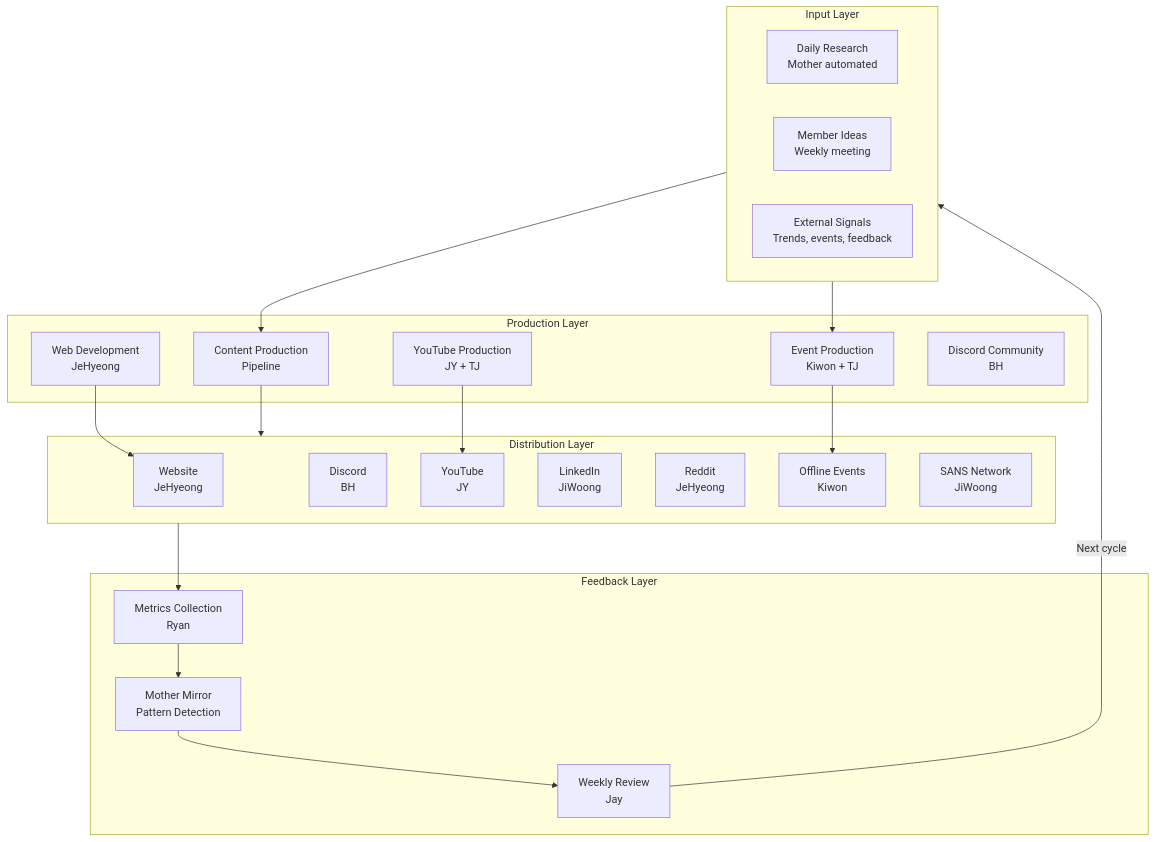
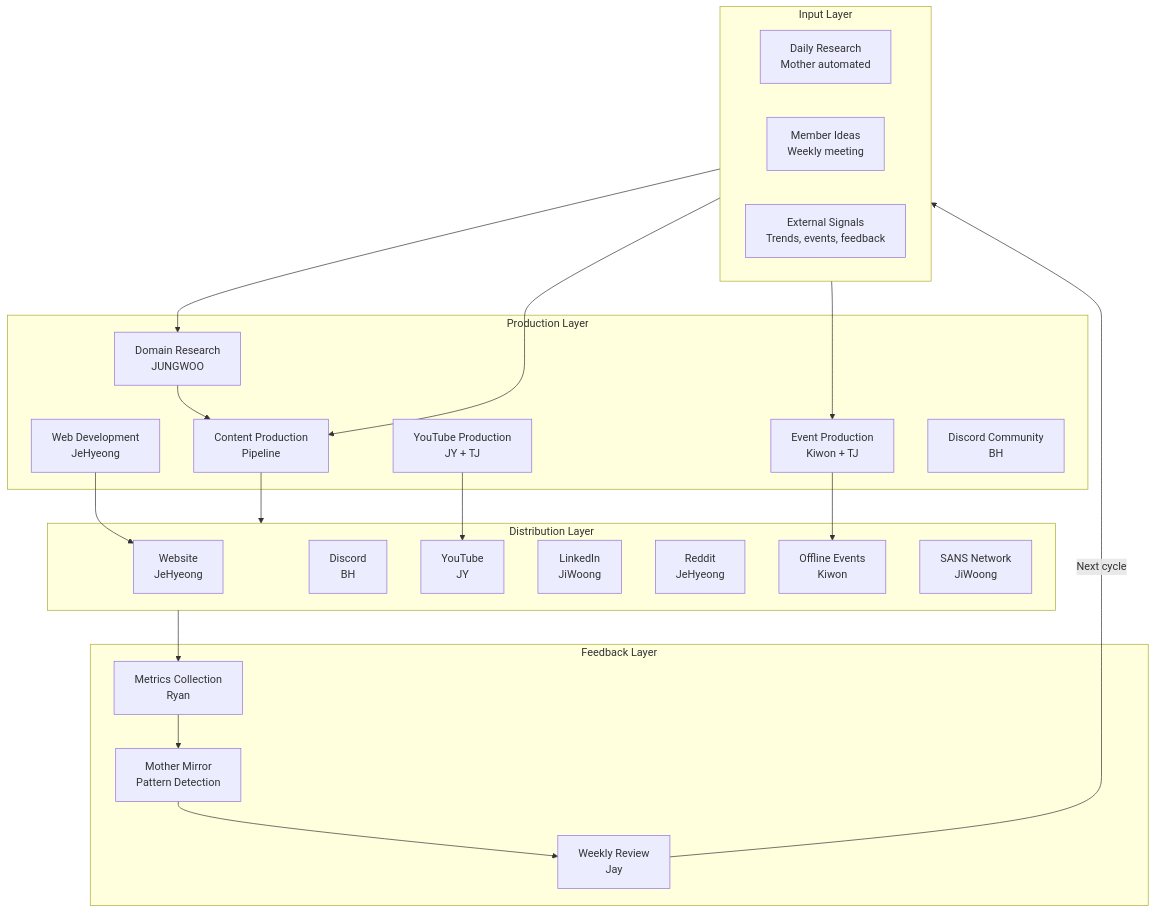
The first of 6 diagrams in products/hypeproof-workflow-2026Q2.md (JeHyeong2/hypeprooflab), drawn with Mermaid before and after one commit. The commit also changed other lines of this file, not shown here.

First line of the commit message:
workflow v2: add specific times, expand JUNGWOO, content routing, launch plan

````diff
--- a/products/hypeproof-workflow-2026Q2.md
+++ b/products/hypeproof-workflow-2026Q2.md
@@ -33,44 +36,47 @@
 ```mermaid
 flowchart TB
     subgraph INPUT["Input Layer"]
         R[Daily Research<br/>Mother automated]
         MI[Member Ideas<br/>Weekly meeting]
         EXT[External Signals<br/>Trends, events, feedback]
     end
 
     subgraph PRODUCE["Production Layer"]
         CP[Content Production<br/>Pipeline]
         EP[Event Production<br/>Kiwon + TJ]
         WD[Web Development<br/>JeHyeong]
         YT[YouTube Production<br/>JY + TJ]
         DC[Discord Community<br/>BH]
+        DR[Domain Research<br/>JUNGWOO]
     end
 
     subgraph DISTRIBUTE["Distribution Layer"]
         WEB[Website<br/>JeHyeong]
         DIS[Discord<br/>BH]
         YTC[YouTube<br/>JY]
         LI[LinkedIn<br/>JiWoong]
         RD[Reddit<br/>JeHyeong]
         OFL[Offline Events<br/>Kiwon]
         SANS[SANS Network<br/>JiWoong]
     end
 
     subgraph FEEDBACK["Feedback Layer"]
         MET[Metrics Collection<br/>Ryan]
         MIR[Mother Mirror<br/>Pattern Detection]
         REV[Weekly Review<br/>Jay]
     end
 
     INPUT --> CP
     INPUT --> EP
+    INPUT --> DR
     CP --> DISTRIBUTE
     EP --> OFL
     WD --> WEB
     YT --> YTC
+    DR --> CP
 
     DISTRIBUTE --> MET
     MET --> MIR
     MIR --> REV
     REV -->|Next cycle| INPUT
 ```
````
